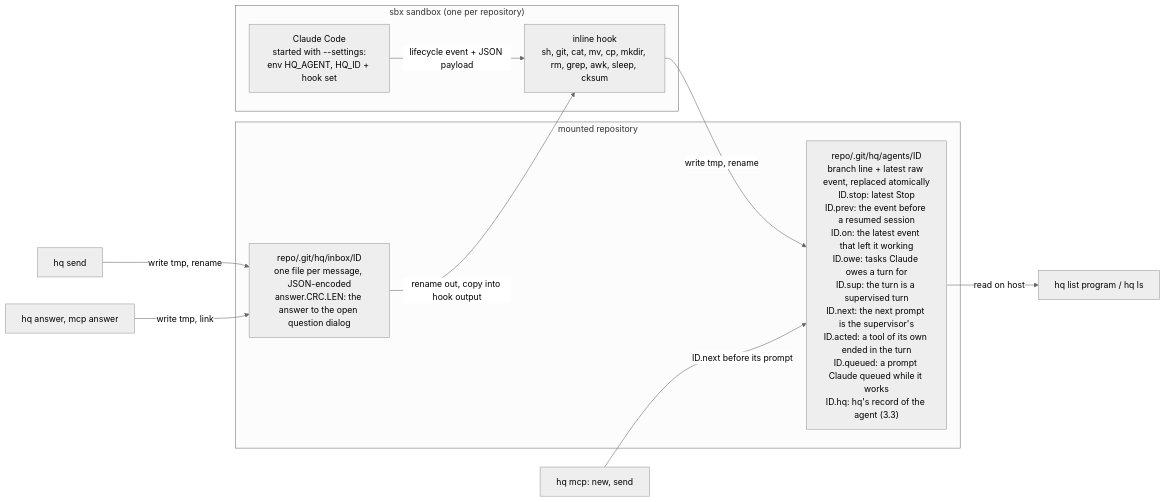
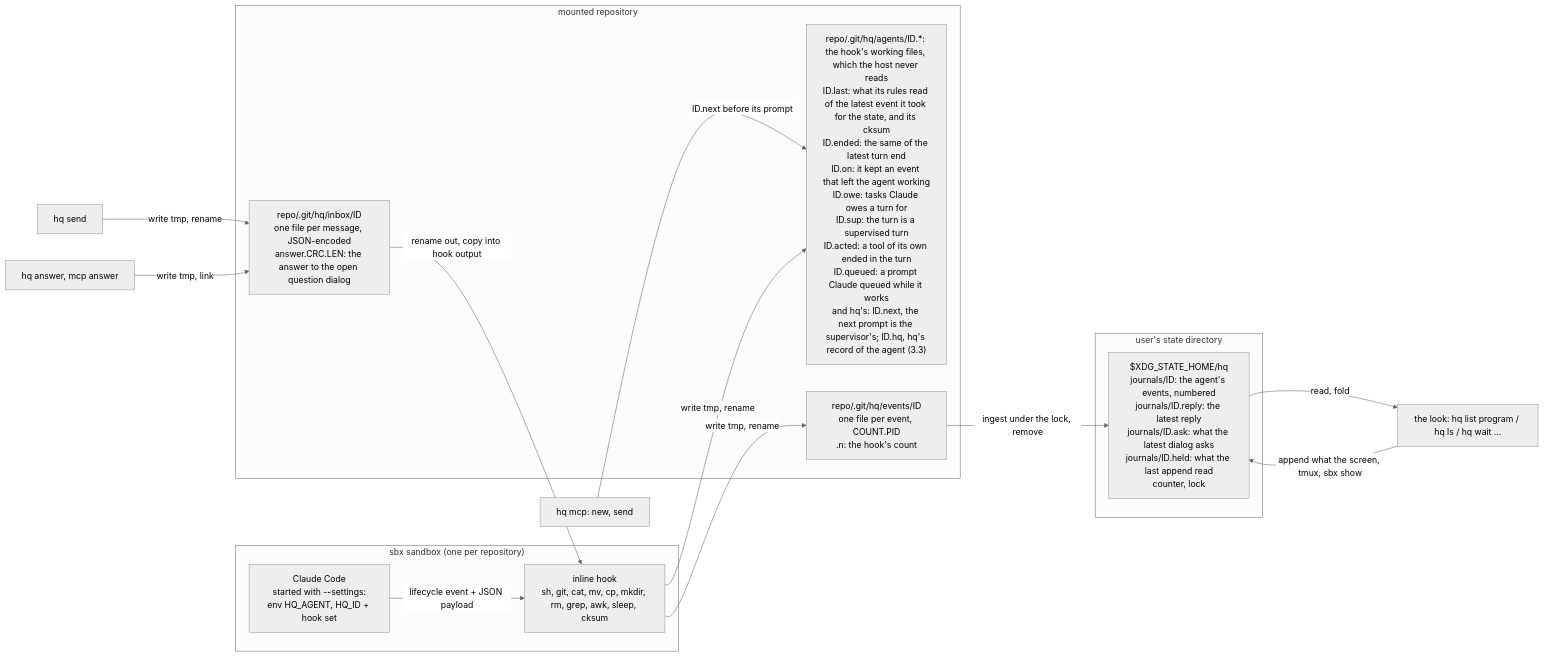
One commit to rkrysinski/hq changed the second of 4 diagrams in docs/design/hq.md. Above: the diagram before and after it, drawn with Mermaid (neutral theme). The commit also changed other lines of this file and 159 other files, not shown here.

First line of the commit message:
Show every agent's state from one event journal, and explain it with hq explain (#210)

````diff
--- a/docs/design/hq.md
+++ b/docs/design/hq.md
@@ -87,18 +88,25 @@
 ```mermaid
 flowchart LR
     subgraph SB["sbx sandbox (one per repository)"]
         C["Claude Code<br/>started with --settings:<br/>env HQ_AGENT, HQ_ID + hook set"]
         K["inline hook<br/>sh, git, cat, mv, cp, mkdir, rm, grep, awk, sleep, cksum"]
         C -- "lifecycle event + JSON payload" --> K
     end
     subgraph RP["mounted repository"]
-        F["repo/.git/hq/agents/ID<br/>branch line + latest raw event, replaced atomically<br/>ID.stop: latest Stop<br/>ID.prev: the event before a resumed session<br/>ID.on: the latest event that left it working<br/>ID.owe: tasks Claude owes a turn for<br/>ID.sup: the turn is a supervised turn<br/>ID.next: the next prompt is the supervisor's<br/>ID.acted: a tool of its own ended in the turn<br/>ID.queued: a prompt Claude queued while it works<br/>ID.hq: hq's record of the agent (3.3)"]
+        F["repo/.git/hq/agents/ID.*: the hook's working files, which the host never reads<br/>ID.last: what its rules read of the latest event it took for the state, and its cksum<br/>ID.ended: the same of the latest turn end<br/>ID.on: it kept an event that left the agent working<br/>ID.owe: tasks Claude owes a turn for<br/>ID.sup: the turn is a supervised turn<br/>ID.acted: a tool of its own ended in the turn<br/>ID.queued: a prompt Claude queued while it works<br/>and hq's: ID.next, the next prompt is the supervisor's; ID.hq, hq's record of the agent (3.3)"]
         I["repo/.git/hq/inbox/ID<br/>one file per message, JSON-encoded<br/>answer.CRC.LEN: the answer to the open question dialog"]
+        E["repo/.git/hq/events/ID<br/>one file per event, COUNT.PID<br/>.n: the hook's count"]
+    end
+    subgraph ST["user's state directory"]
+        J["$XDG_STATE_HOME/hq<br/>journals/ID: the agent's events, numbered<br/>journals/ID.reply: the latest reply<br/>journals/ID.ask: what the latest dialog asks<br/>journals/ID.held: what the last append read<br/>counter, lock"]
     end
     K -- "write tmp, rename" --> F
-    F -- "read on host" --> LP["hq list program / hq ls"]
+    K -- "write tmp, rename" --> E
+    E -- "ingest under the lock, remove" --> J
+    J -- "read, fold" --> LP["the look: hq list program / hq ls / hq wait ..."]
+    LP -- "append what the screen, tmux, sbx show" --> J
     SEND["hq send"] -- "write tmp, rename" --> I
     I -- "rename out, copy into hook output" --> K
     MCP["hq mcp: new, send"] -- "ID.next before its prompt" --> F
     ANS["hq answer, mcp answer"] -- "write tmp, link" --> I
 ```
````
